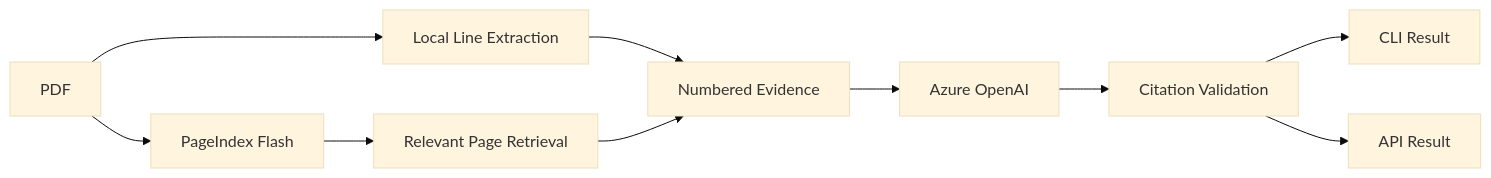
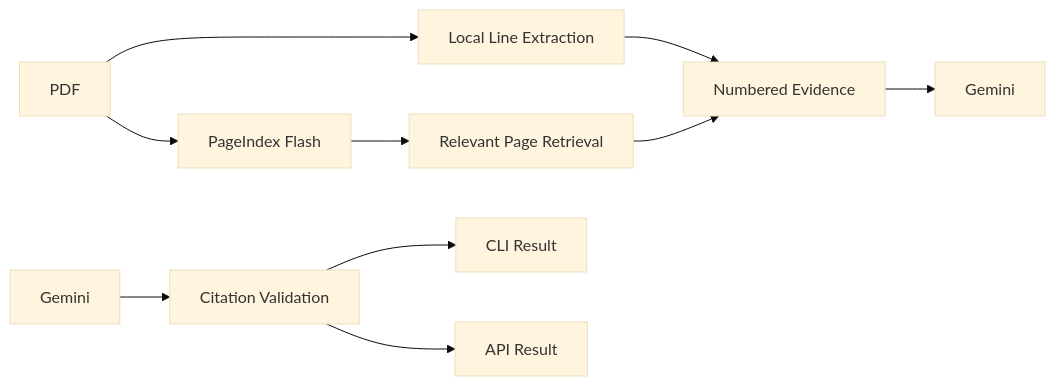
The diagram in docs/FEATURES.md (LegendSumeet/document-intelligence-ai), drawn with Mermaid (base theme) before and after one commit. The commit also changed other lines of this file and 12 other files, not shown here.

Commit message:
feat: Migrate from Azure OpenAI to Gemini for document intelligence processing and update related configurations

````diff
--- a/docs/FEATURES.md
+++ b/docs/FEATURES.md
@@ -22,12 +22,12 @@
 ```mermaid
 flowchart LR
     PDF[PDF] --> Flash[PageIndex Flash]
     PDF --> Lines[Local Line Extraction]
     Flash --> Retrieval[Relevant Page Retrieval]
     Lines --> Evidence[Numbered Evidence]
     Retrieval --> Evidence
-    Evidence --> Azure[Azure OpenAI]
-    Azure --> Validation[Citation Validation]
+    Evidence --> LLM[Gemini]
+    Gemini --> Validation[Citation Validation]
     Validation --> CLI[CLI Result]
     Validation --> API[API Result]
 ```
````
